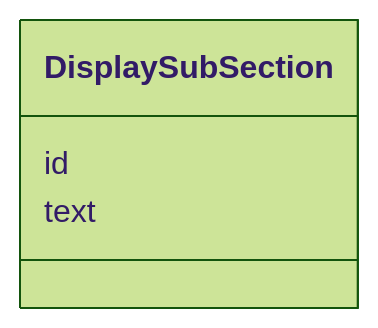
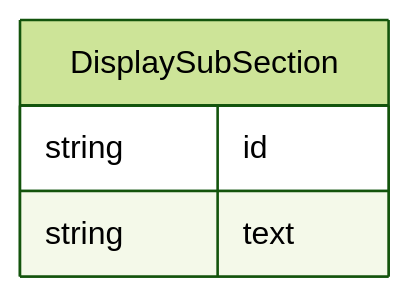
One commit to cdisc-org/analysis-results-standard changed the diagram in project/docs/DisplaySubSection.md. Above: the diagram before and after it, drawn with Mermaid (forest theme). The commit also changed 131 other files, not shown here.

Commit message:
Add top-level diagram to documentation

````diff
--- a/project/docs/DisplaySubSection.md
+++ b/project/docs/DisplaySubSection.md
@@ -14,9 +13,10 @@
 ```mermaid
- classDiagram
-    class DisplaySubSection
-      DisplaySubSection : id
-        
-      DisplaySubSection : text
-        
-      
+erDiagram
+DisplaySubSection {
+    string id  
+    string text  
+}
+
+
+
 ```
````
